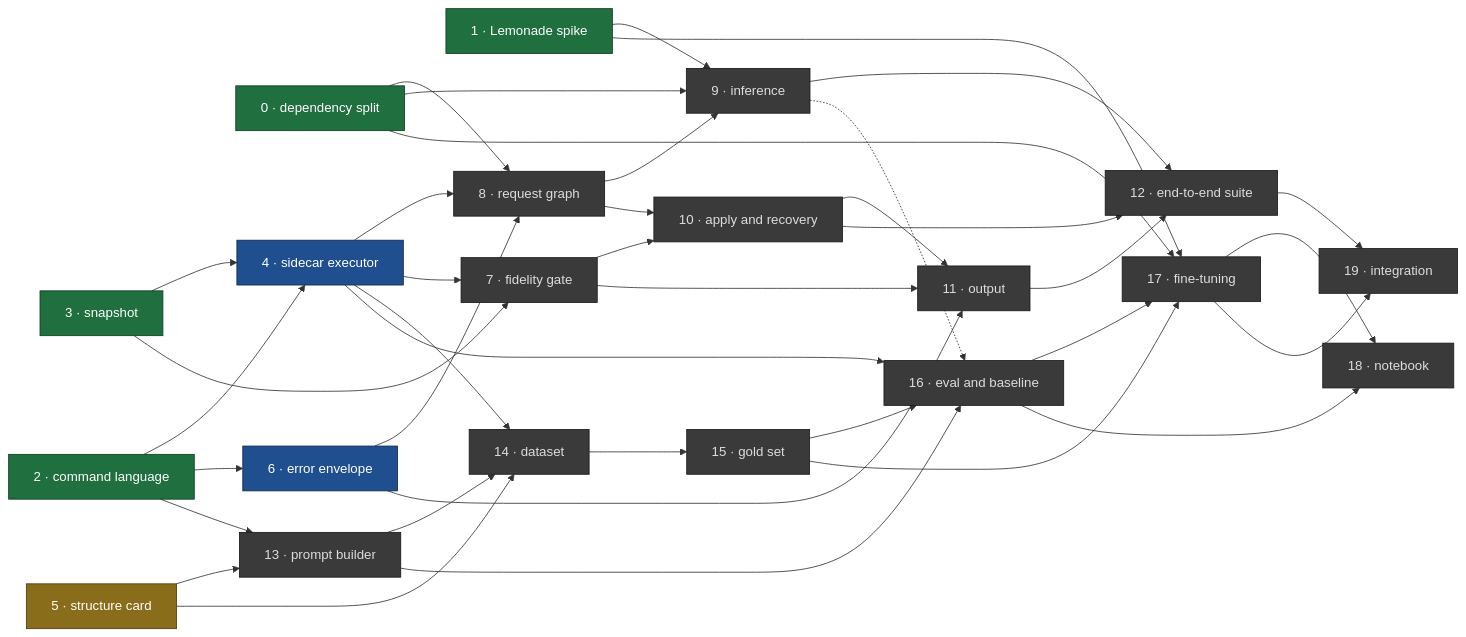
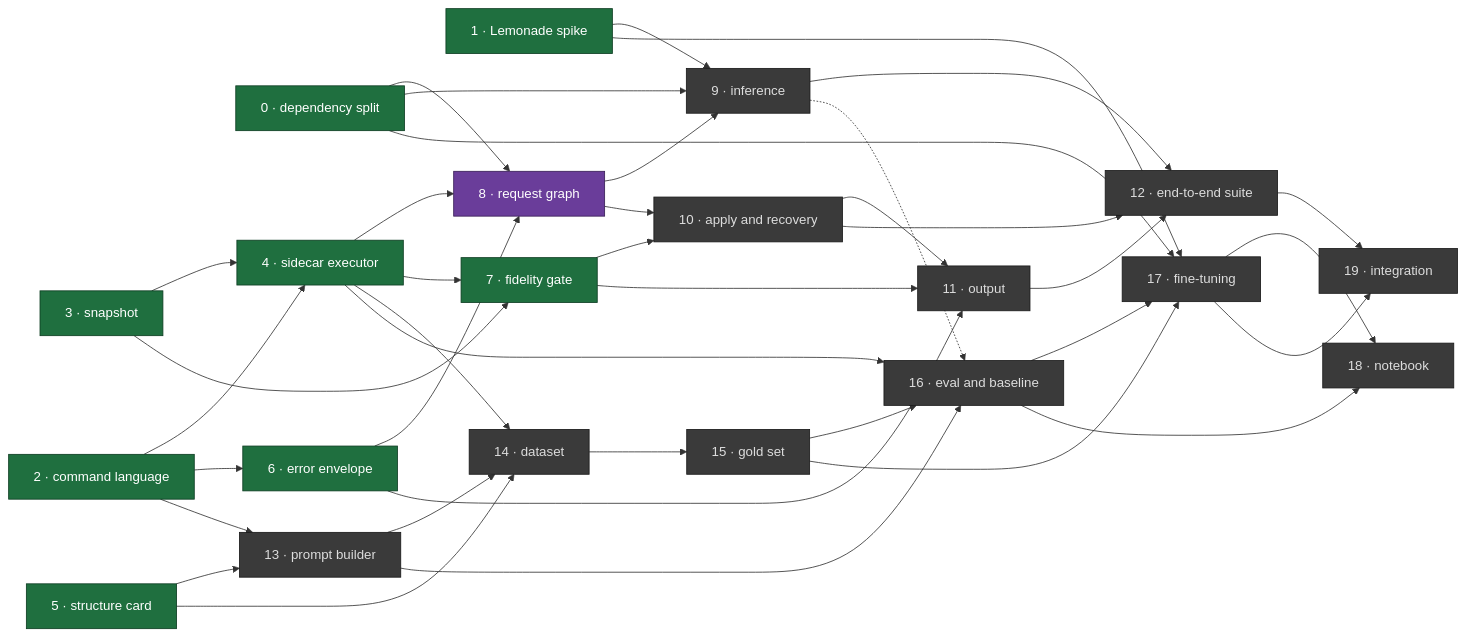
Before and after one commit to urban233/pymol-copilot: the diagram in docs/master_plan.md, drawn with Mermaid. The commit also changed other lines of this file and 6 other files, not shown here.

````diff
--- a/docs/master_plan.md
+++ b/docs/master_plan.md
@@ -112,66 +112,67 @@
 ```mermaid
 flowchart LR
   classDef done fill:#1f6f3f,stroke:#0d3d22,color:#fff
   classDef review fill:#8a6d1a,stroke:#4d3c0c,color:#fff
   classDef ready fill:#1f4f8f,stroke:#0d2a4d,color:#fff
+  classDef progress fill:#6a3d9a,stroke:#3a1f57,color:#fff
   classDef blocked fill:#3a3a3a,stroke:#1a1a1a,color:#ddd
 
   I0["0 · dependency split"]:::done
   I1["1 · Lemonade spike"]:::done
   I2["2 · command language"]:::done
   I3["3 · snapshot"]:::done
-  I4["4 · sidecar executor"]:::ready
-  I5["5 · structure card"]:::review
-  I6["6 · error envelope"]:::ready
-  I7["7 · fidelity gate"]:::blocked
-  I8["8 · request graph"]:::blocked
+  I4["4 · sidecar executor"]:::done
+  I5["5 · structure card"]:::done
+  I6["6 · error envelope"]:::done
+  I7["7 · fidelity gate"]:::done
+  I8["8 · request graph"]:::progress
   I9["9 · inference"]:::blocked
   I10["10 · apply and recovery"]:::blocked
   I11["11 · output"]:::blocked
   I12["12 · end-to-end suite"]:::blocked
   I13["13 · prompt builder"]:::blocked
   I14["14 · dataset"]:::blocked
   I15["15 · gold set"]:::blocked
   I16["16 · eval and baseline"]:::blocked
   I17["17 · fine-tuning"]:::blocked
   I18["18 · notebook"]:::blocked
   I19["19 · integration"]:::blocked
 
   I2 --> I4
   I3 --> I4
   I2 --> I6
   I0 --> I8
   I4 --> I8
   I6 --> I8
   I3 --> I7
   I4 --> I7
   I0 --> I9
   I1 --> I9
   I8 --> I9
   I7 --> I10
   I8 --> I10
   I6 --> I11
   I7 --> I11
   I10 --> I11
   I9 --> I12
   I10 --> I12
   I11 --> I12
   I2 --> I13
   I5 --> I13
   I4 --> I14
   I5 --> I14
   I13 --> I14
   I14 --> I15
   I15 --> I16
   I13 --> I16
   I4 --> I16
   I9 -.-> I16
   I1 --> I17
   I0 --> I17
   I15 --> I17
   I16 --> I17
   I16 --> I18
   I17 --> I18
   I12 --> I19
   I17 --> I19
 ```
````
